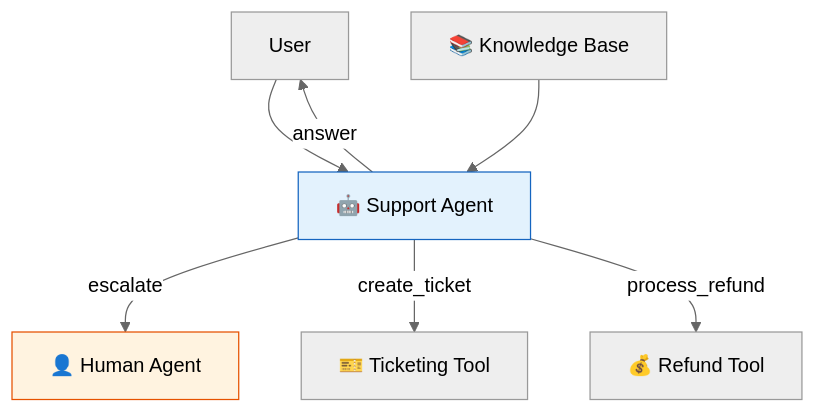
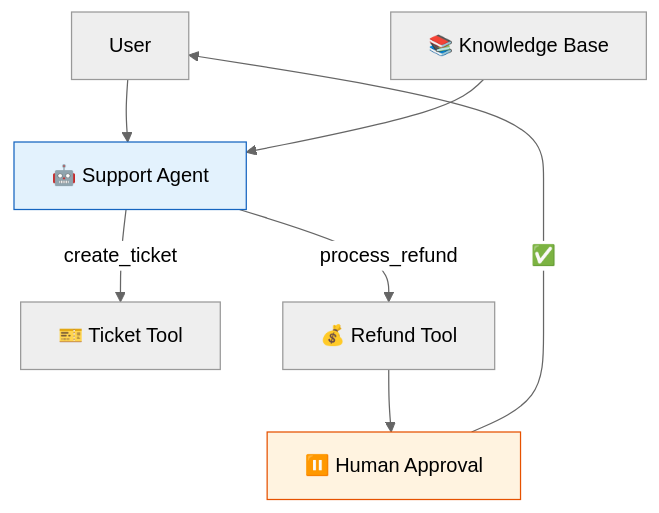
The diagram in 47_customer_support_bot_project/README.md (remolaan/Agentic-AI-Cookbook), drawn with Mermaid (neutral theme) before and after one commit. The commit also changed other lines of this file and 30 other files, not shown here.

````diff
--- a/47_customer_support_bot_project/README.md
+++ b/47_customer_support_bot_project/README.md
@@ -5,11 +5,11 @@
 ```mermaid
 flowchart TD
     U["User"] --> A["🤖 Support Agent"]
     KB["📚 Knowledge Base"] --> A
-    A -->|"answer"| U
-    A -->|"escalate"| H["👤 Human Agent"]
-    A -->|"create_ticket"| T["🎫 Ticketing Tool"]
+    A -->|"create_ticket"| T["🎫 Ticket Tool"]
     A -->|"process_refund"| R["💰 Refund Tool"]
+    R --> I["⏸️ Human Approval"]
+    I -->|"✅"| U
     style A fill:#e3f2fd,stroke:#1565c0,color:#000000
-    style H fill:#fff3e0,stroke:#e65100,color:#000000
+    style I fill:#fff3e0,stroke:#e65100,color:#000000
 ```
````
